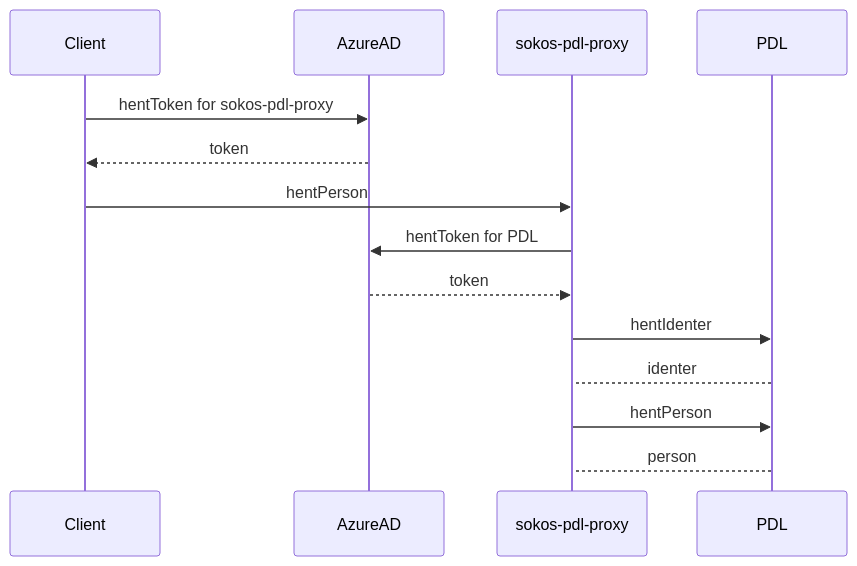
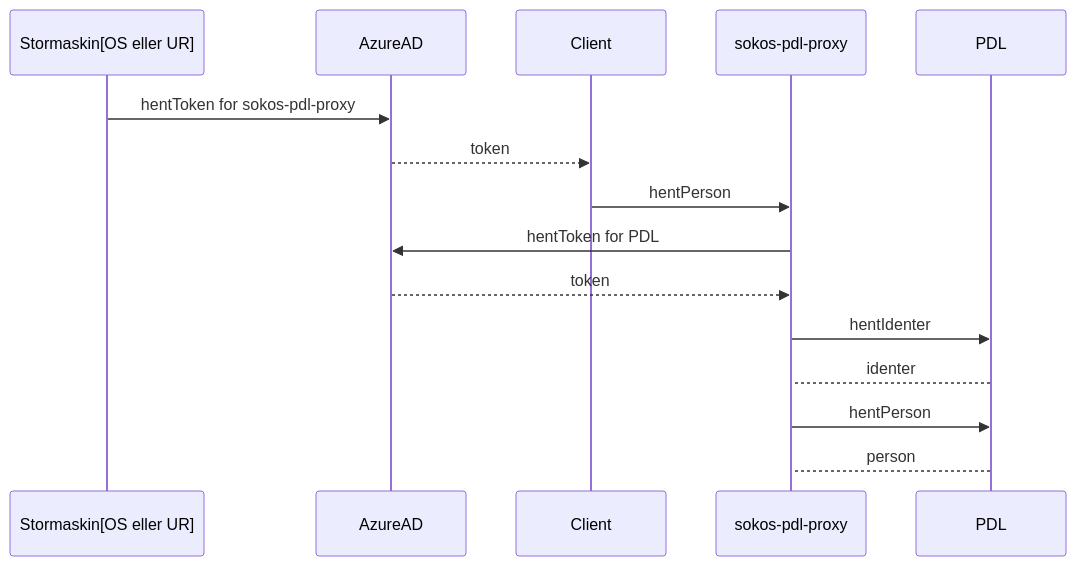
One commit to navikt/sokos-pdl-proxy changed the second of 2 diagrams in dokuments/system-diagram.md. Above: the diagram before and after it, drawn with Mermaid.

Commit message:
TOB-2577 Byttet aktor navn fra Client til Stormaskin [OS og UR].

````diff
--- a/dokuments/system-diagram.md
+++ b/dokuments/system-diagram.md
@@ -24,15 +24,15 @@
 ```mermaid
 
 sequenceDiagram
     
-    Client->>AzureAD: hentToken for sokos-pdl-proxy
+    Stormaskin[OS eller UR]->>AzureAD: hentToken for sokos-pdl-proxy
     AzureAD-->>Client: token
     Client->>sokos-pdl-proxy: hentPerson
     sokos-pdl-proxy->>AzureAD: hentToken for PDL
     AzureAD-->>sokos-pdl-proxy: token
     sokos-pdl-proxy->>PDL: hentIdenter
     PDL-->sokos-pdl-proxy: identer
     sokos-pdl-proxy->>PDL: hentPerson
     PDL-->sokos-pdl-proxy: person
     
 ```
````
